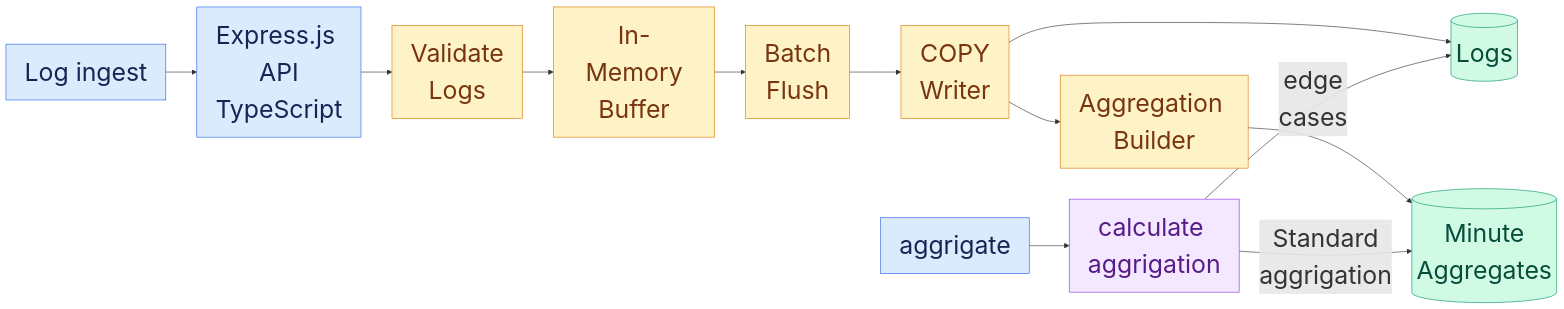
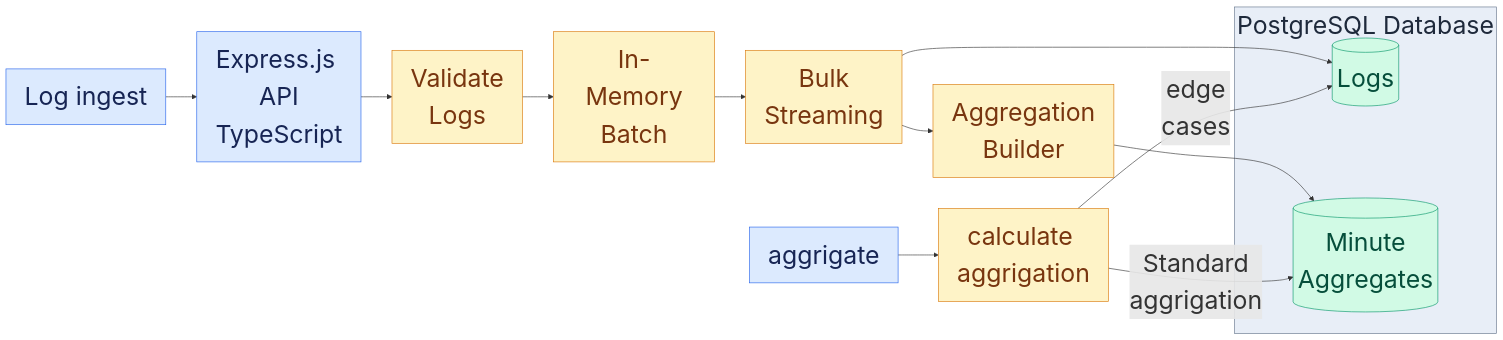
The diagram in README.md (showq0/log-ingestion), drawn with Mermaid before and after one commit. The commit also changed 5 other files, not shown here.

Commit message:
docs: update architecture diagram, refactor: clarify batch naming and stream pipeline in copy writer

````diff
--- a/README.md
+++ b/README.md
@@ -18,28 +18,30 @@
 ```mermaid
 %%{init: {"themeVariables": {"fontSize": "40px"}}}%%
 
 flowchart LR
     A["Log ingest"] --> B["Express.js API<br/>TypeScript"]
     B --> C["Validate<br/>Logs"]
-    C --> D["In-Memory<br/>Buffer"]
-    D --> E["Batch<br/>Flush"]
-    E --> F[" COPY <br/> Writer"]
-    F --> G[("Logs")]
-
-    F --> H["Aggregation <br/>Builder"]
-    H --> I[("Minute<br/>Aggregates")]
+    C --> D["In-Memory<br/>Batch"]
+    D --> E["Bulk<br/>Streaming"]
+    E --> F[("Logs")]
+    E --> H["Aggregation<br/>Builder"]
+    H --> I[("Minute<br/>Aggregates<br/>")]
 
     J["aggrigate"] --> K["calculate aggrigation"]
     K -->|Standard<br/>aggrigation| I
-    K -->|edge<br/>cases| G
+    K -->|edge<br/>cases| F
 
+    subgraph DB["PostgreSQL Database"]
+        F
+        I
+    end
     classDef app fill:#DCEAFE,stroke:#2563EB,color:#172554
     classDef processing fill:#FEF3C7,stroke:#D97706,color:#78350F
     classDef storage fill:#D1FAE5,stroke:#059669,color:#064E3B
-    classDef query fill:#F3E8FF,stroke:#9333EA,color:#581C87
+    classDef subgraphdb fill:#E8EEF7,stroke:#64748B,color:#1E293B
 
     class A,B,J app
-    class C,D,E,F,H,L processing
-    class G,I storage
-    class K,M query
+    class C,D,E,F,H,L,K processing
+    class F,I storage
+    class DB subgraphdb
 ```
````
